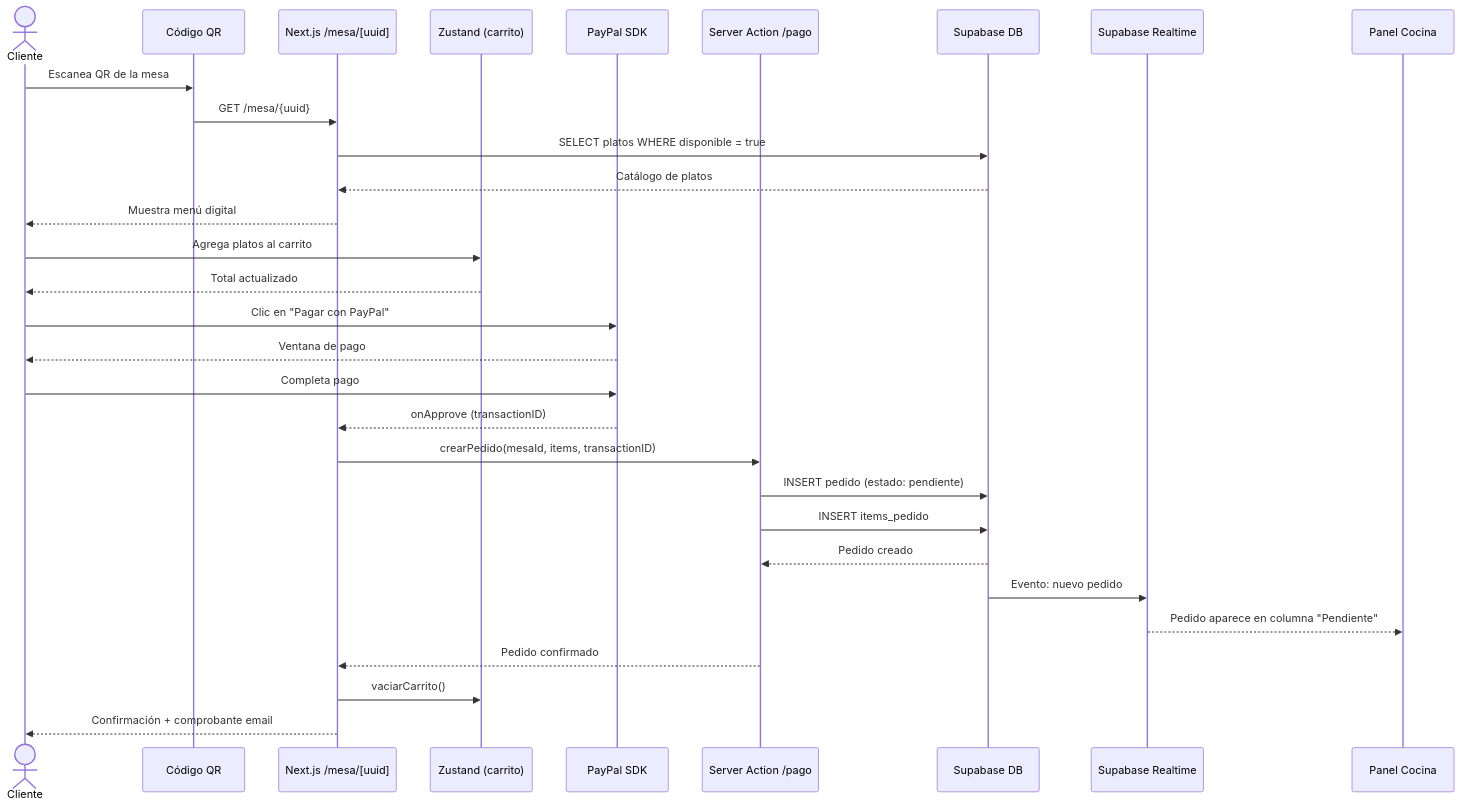
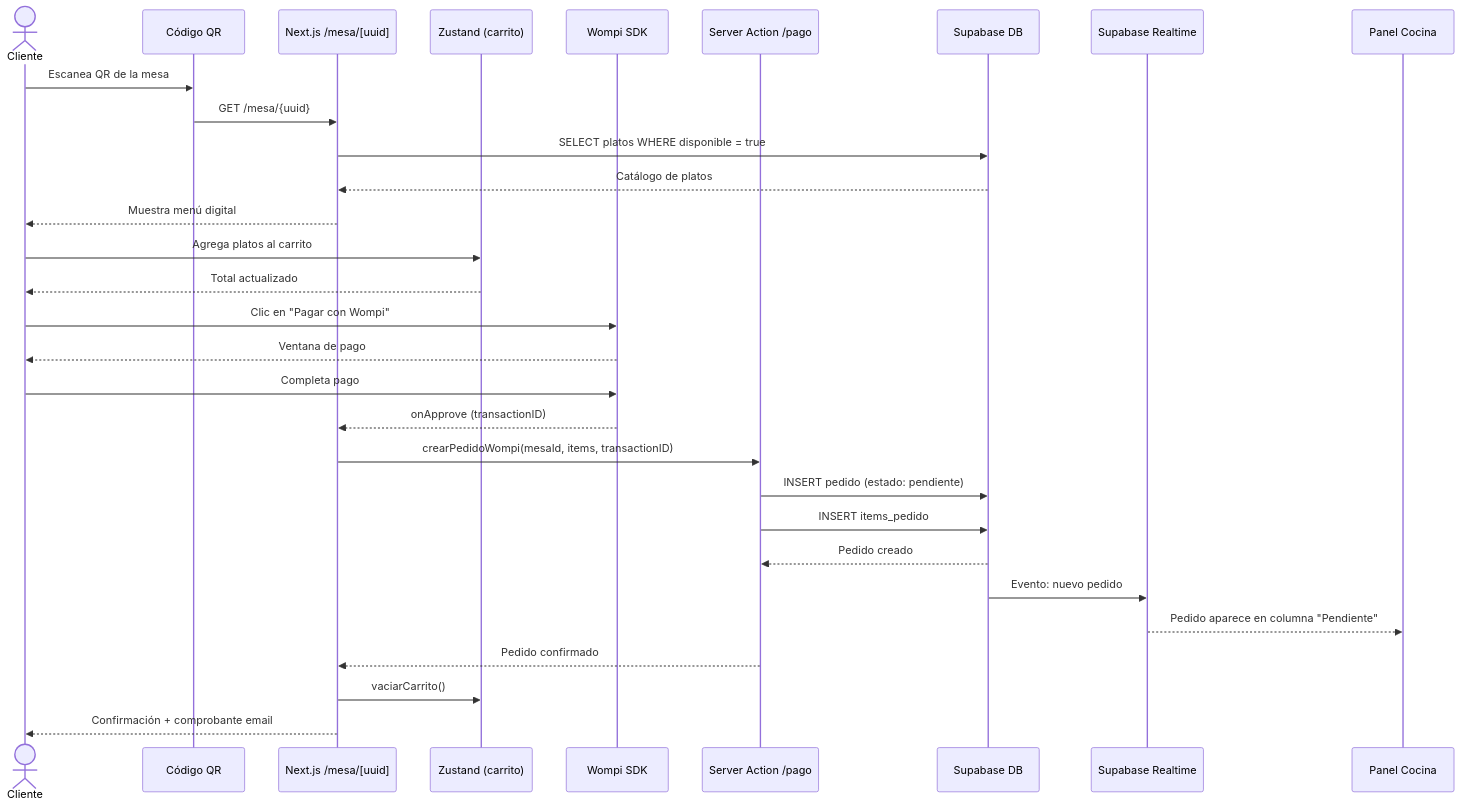
One commit to SLarkZ01/E-commerce-de-Restaurante changed the first of 3 diagrams in docs/03-arquitectura/flujos.md. Above: the diagram before and after it, drawn with Mermaid. The commit also changed other lines of this file and 30 other files, not shown here.

````diff
--- a/docs/03-arquitectura/flujos.md
+++ b/docs/03-arquitectura/flujos.md
@@ -5,36 +5,36 @@
 ```mermaid
 sequenceDiagram
     actor C as Cliente
     participant QR as Código QR
     participant APP as Next.js /mesa/[uuid]
     participant ZUST as Zustand (carrito)
-    participant PP as PayPal SDK
+    participant PP as Wompi SDK
     participant SA as Server Action /pago
     participant DB as Supabase DB
     participant RT as Supabase Realtime
     participant CK as Panel Cocina
 
     C->>QR: Escanea QR de la mesa
     QR->>APP: GET /mesa/{uuid}
     APP->>DB: SELECT platos WHERE disponible = true
     DB-->>APP: Catálogo de platos
     APP-->>C: Muestra menú digital
 
     C->>ZUST: Agrega platos al carrito
     ZUST-->>C: Total actualizado
 
-    C->>PP: Clic en "Pagar con PayPal"
+    C->>PP: Clic en "Pagar con Wompi"
     PP-->>C: Ventana de pago
     C->>PP: Completa pago
     PP-->>APP: onApprove (transactionID)
 
-    APP->>SA: crearPedido(mesaId, items, transactionID)
+    APP->>SA: crearPedidoWompi(mesaId, items, transactionID)
     SA->>DB: INSERT pedido (estado: pendiente)
     SA->>DB: INSERT items_pedido
     DB-->>SA: Pedido creado
     DB->>RT: Evento: nuevo pedido
     RT-->>CK: Pedido aparece en columna "Pendiente"
     SA-->>APP: Pedido confirmado
     APP->>ZUST: vaciarCarrito()
     APP-->>C: Confirmación + comprobante email
 ```
````
